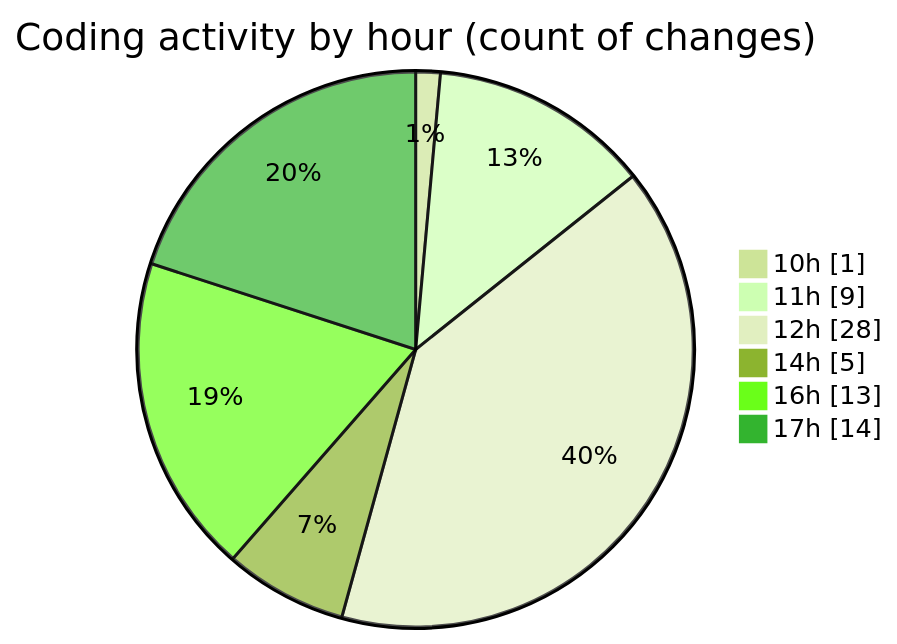
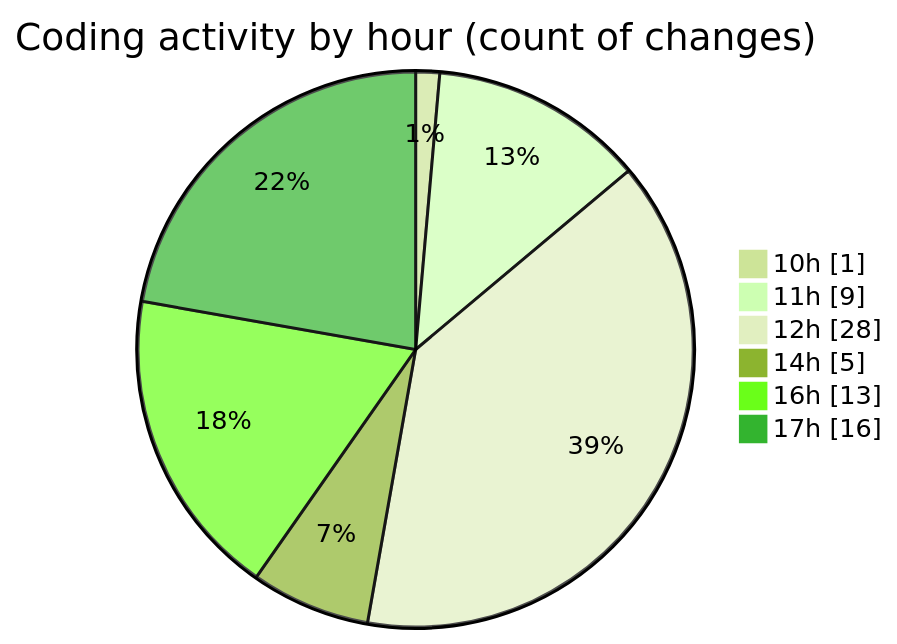
The second of 2 diagrams in 2025-07-10/argos/README.md (nxtqubesakshisongat/code-tracking), drawn with Mermaid (forest theme) before and after one commit. The commit also changed other lines of this file and 1 other file, not shown here.

````diff
--- a/2025-07-10/argos/README.md
+++ b/2025-07-10/argos/README.md
@@ -34,10 +34,10 @@
 ```mermaid
 pie showData
 title Coding activity by hour (count of changes)
 "10h" : 1
 "11h" : 9
 "12h" : 28
 "14h" : 5
 "16h" : 13
-"17h" : 14
+"17h" : 16
 ```
````
